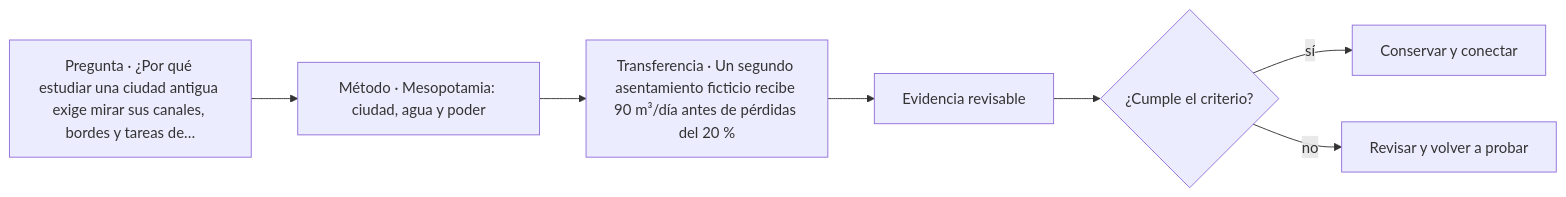
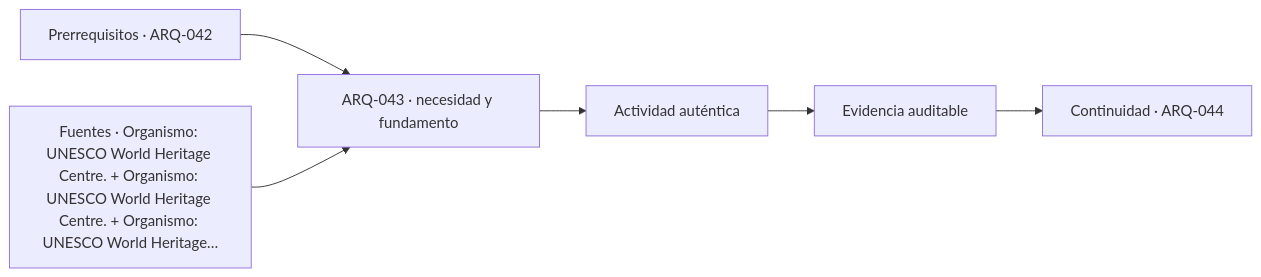
The diagram in classes/parte-05/ARQ-043.md (vladimiracunadev-create/architecture-built-environment-learning-program), drawn with Mermaid before and after one commit. The commit also changed other lines of this file and 761 other files, not shown here.

````diff
--- a/classes/parte-05/ARQ-043.md
+++ b/classes/parte-05/ARQ-043.md
@@ -104,9 +116,8 @@
 ```mermaid
 flowchart LR
-    Q["Pregunta · ¿Por qué estudiar una ciudad antigua exige mirar sus canales, bordes y tareas de…"] --> M["Método · Mesopotamia: ciudad, agua y poder"]
-    M --> P["Transferencia · Un segundo asentamiento ficticio recibe 90 m³/día antes de pérdidas del 20 %"]
-    P --> E["Evidencia revisable"]
-    E --> C{"¿Cumple el criterio?"}
-    C -->|sí| T["Conservar y conectar"]
-    C -->|no| R["Revisar y volver a probar"]
+    A["Prerrequisitos · ARQ-042"] --> B["ARQ-043 · necesidad y fundamento"]
+    S["Fuentes · Organismo: UNESCO World Heritage Centre. + Organismo: UNESCO World Heritage Centre. + Organismo: UNESCO World Heritage…"] --> B
+    B --> C["Actividad auténtica"]
+    C --> D["Evidencia auditable"]
+    D --> E["Continuidad · ARQ-044"]
 ```
````
